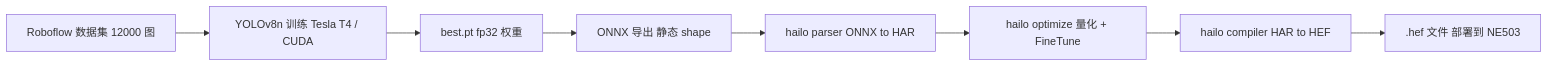
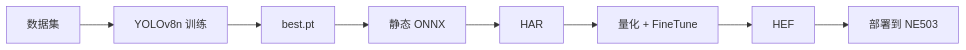
One commit to luommy/wiki-documents changed the diagram in docs/6-neoeyes-ne503-series/4-application-guide/1-app-development/4-model-training-and-hef.md. Above: the diagram before and after it, drawn with Mermaid. The commit also changed other lines of this file and 49 other files, not shown here.

````diff
--- a/docs/6-neoeyes-ne503-series/4-application-guide/1-app-development/4-model-training-and-hef.md
+++ b/docs/6-neoeyes-ne503-series/4-application-guide/1-app-development/4-model-training-and-hef.md
@@ -34,10 +29,10 @@
 ```mermaid
 flowchart LR
-    A[Roboflow 数据集 12000 图] --> B[YOLOv8n 训练 Tesla T4 / CUDA]
-    B --> C[best.pt fp32 权重]
-    C --> D[ONNX 导出 静态 shape]
-    D --> E[hailo parser ONNX to HAR]
-    E --> F[hailo optimize 量化 + FineTune]
-    F --> G[hailo compiler HAR to HEF]
-    G --> H[.hef 文件 部署到 NE503]
+    A[数据集] --> B[YOLOv8n 训练]
+    B --> C[best.pt]
+    C --> D[静态 ONNX]
+    D --> E[HAR]
+    E --> F[量化 + FineTune]
+    F --> G[HEF]
+    G --> H[部署到 NE503]
 ```
````
